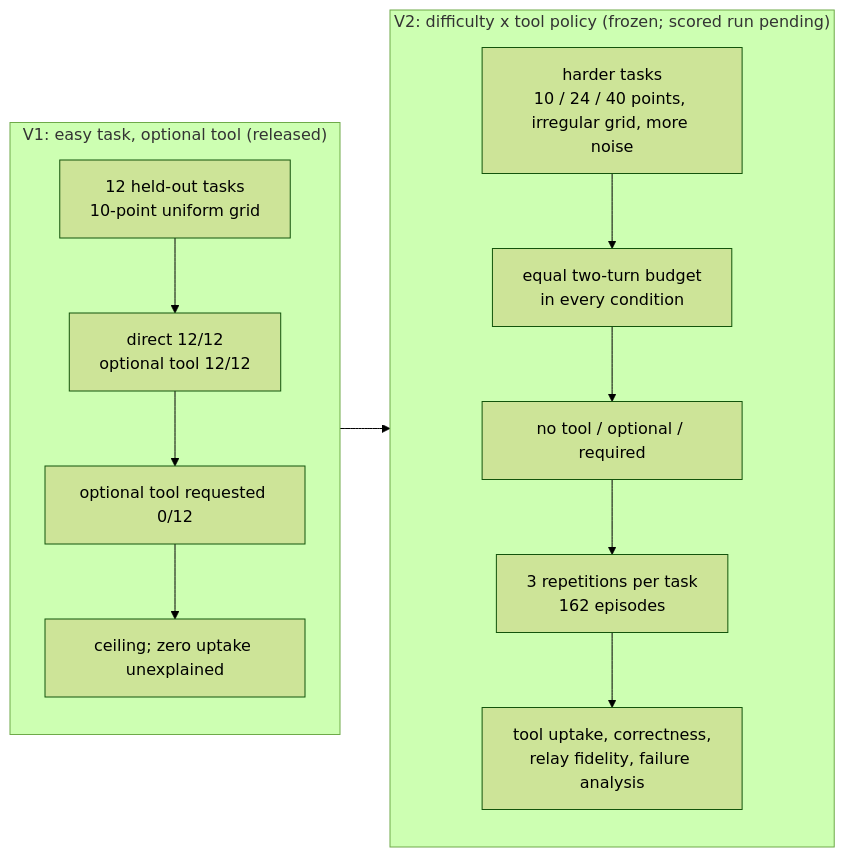
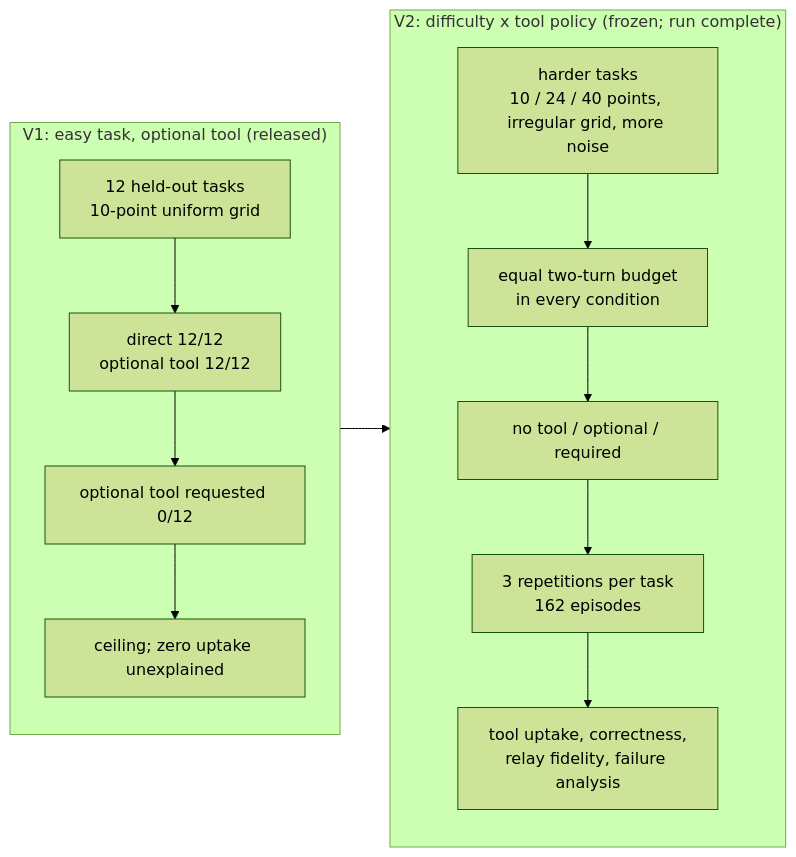
One commit to retinapeg/agentic-physics-bench changed the second of 2 diagrams in README.md. Above: the diagram before and after it, drawn with Mermaid (forest theme). The commit also changed other lines of this file and 8 other files, not shown here.

First line of the commit message:
V2 scored run (v2-run-1): 162/162 valid; 54/54 correct in every condition; optional tool requested 54/54

````diff
--- a/README.md
+++ b/README.md
@@ -52,17 +52,17 @@
 ```mermaid
 flowchart LR
     subgraph V1["V1: easy task, optional tool (released)"]
         direction TB
         a["12 held-out tasks<br/>10-point uniform grid"] --> b["direct 12/12<br/>optional tool 12/12"]
         b --> c["optional tool requested 0/12"]
         c --> d["ceiling; zero uptake unexplained"]
     end
-    subgraph V2["V2: difficulty x tool policy (frozen; scored run pending)"]
+    subgraph V2["V2: difficulty x tool policy (frozen; run complete)"]
         direction TB
         e["harder tasks<br/>10 / 24 / 40 points, irregular grid, more noise"] --> f["equal two-turn budget<br/>in every condition"]
         f --> g["no tool / optional / required"]
         g --> h["3 repetitions per task<br/>162 episodes"]
         h --> i["tool uptake, correctness,<br/>relay fidelity, failure analysis"]
     end
     d --> e
 ```
````
